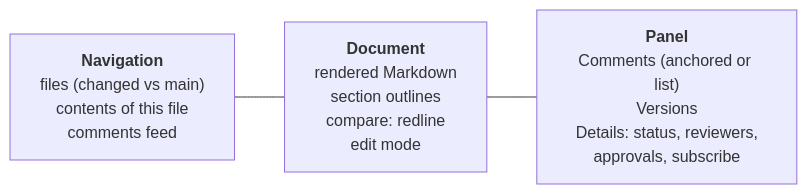
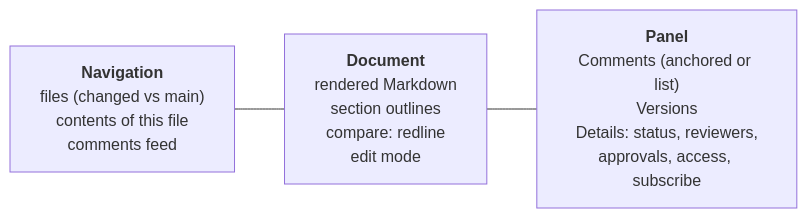
Before and after one commit to ckedwards/ideation-factory: the second of 2 diagrams in docs/mvp/architecture-frontend.md, drawn with Mermaid. The commit also changed other lines of this file and 8 other files, not shown here.

````diff
--- a/docs/mvp/architecture-frontend.md
+++ b/docs/mvp/architecture-frontend.md
@@ -93,7 +95,7 @@
 ```mermaid
 flowchart LR
     Left["<b>Navigation</b><br/>files (changed vs main)<br/>contents of this file<br/>comments feed"]
     Center["<b>Document</b><br/>rendered Markdown<br/>section outlines<br/>compare: redline<br/>edit mode"]
-    Right["<b>Panel</b><br/>Comments (anchored or list)<br/>Versions<br/>Details: status, reviewers,<br/>approvals, subscribe"]
+    Right["<b>Panel</b><br/>Comments (anchored or list)<br/>Versions<br/>Details: status, reviewers,<br/>approvals, access, subscribe"]
     Left --- Center --- Right
 ```
````
